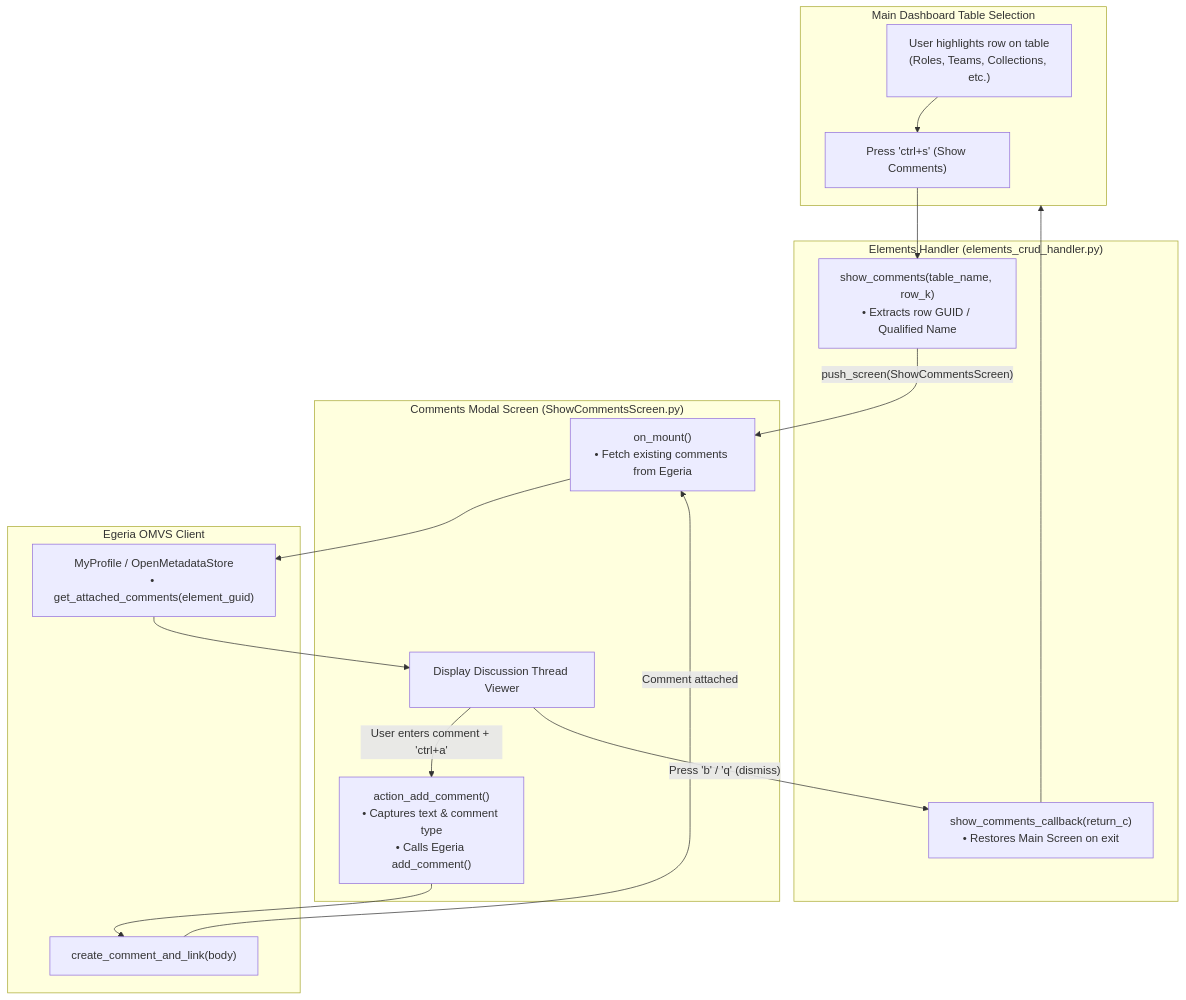
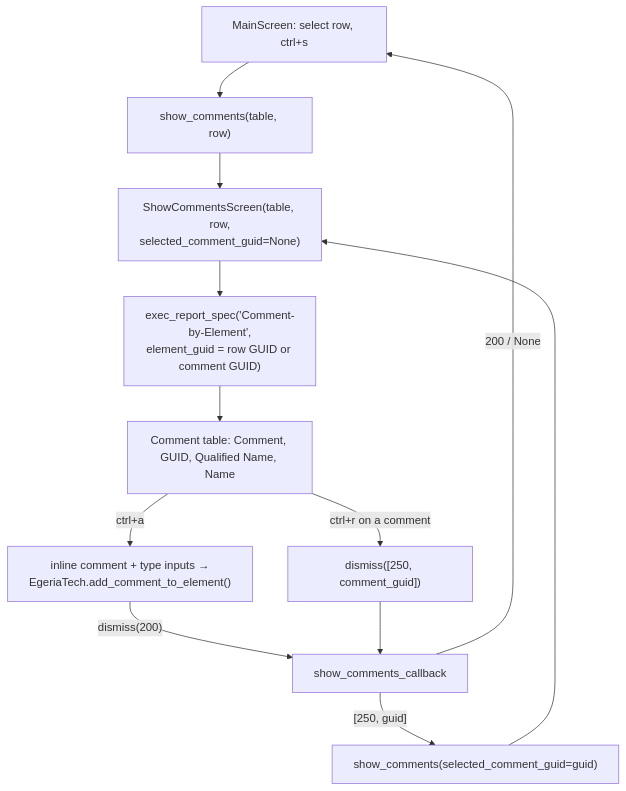
Before and after one commit to odpi/egeria-python: the fourth of 7 diagrams in docs/My-Egeria-Doc.md, drawn with Mermaid. The commit also changed other lines of this file and 36 other files, not shown here.

````diff
--- a/docs/My-Egeria-Doc.md
+++ b/docs/My-Egeria-Doc.md
@@ -357,30 +289,14 @@
 ```mermaid
 flowchart TD
-    subgraph Main ["Main Dashboard Table Selection"]
-        SELECT_ROW["User highlights row on table<br/>(Roles, Teams, Collections, etc.)"]
-        TRIGGER["Press 'ctrl+s' (Show Comments)"]
-    end
-
-    subgraph Handler ["Elements Handler (elements_crud_handler.py)"]
-        SHOW["show_comments(table_name, row_k)<br/>• Extracts row GUID / Qualified Name"]
-        CALLBACK["show_comments_callback(return_c)<br/>• Restores Main Screen on exit"]
-    end
-
-    subgraph Screen ["Comments Modal Screen (ShowCommentsScreen.py)"]
-        INIT["on_mount()<br/>• Fetch existing comments from Egeria"]
-        VIEW["Display Discussion Thread Viewer"]
-        ADD["action_add_comment()<br/>• Captures text & comment type<br/>• Calls Egeria add_comment()"]
-    end
-
-    subgraph Egeria ["Egeria OMVS Client"]
-        FETCH_C["MyProfile / OpenMetadataStore<br/>• get_attached_comments(element_guid)"]
-        POST_C["create_comment_and_link(body)"]
-    end
-
-    SELECT_ROW --> TRIGGER --> SHOW
-    SHOW -- "push_screen(ShowCommentsScreen)" --> INIT
-    INIT --> FETCH_C --> VIEW
-    VIEW -- "User enters comment + 'ctrl+a'" --> ADD
-    ADD --> POST_C -- "Comment attached" --> INIT
-    VIEW -- "Press 'b' / 'q' (dismiss)" --> CALLBACK --> Main
+    MAIN["MainScreen: select row, ctrl+s"] --> SHOW["show_comments(table, row)"]
+    SHOW --> SCS["ShowCommentsScreen(table, row,<br/>selected_comment_guid=None)"]
+    SCS --> LOAD["exec_report_spec('Comment-by-Element',<br/>element_guid = row GUID or comment GUID)"]
+    LOAD --> LIST["Comment table: Comment, GUID, Qualified Name, Name"]
+    LIST -- "ctrl+a" --> ADD["inline comment + type inputs →<br/>EgeriaTech.add_comment_to_element()"]
+    ADD -- "dismiss(200)" --> CB
+    LIST -- "ctrl+r on a comment" --> RESP["dismiss([250, comment_guid])"]
+    RESP --> CB["show_comments_callback"]
+    CB -- "[250, guid]" --> SHOW2["show_comments(selected_comment_guid=guid)"]
+    SHOW2 --> SCS
+    CB -- "200 / None" --> MAIN
 ```
````
